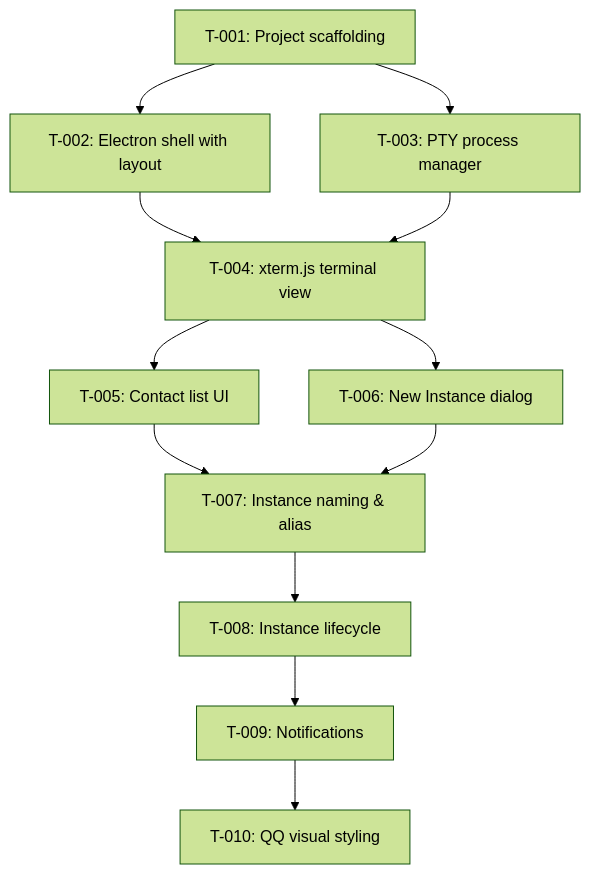
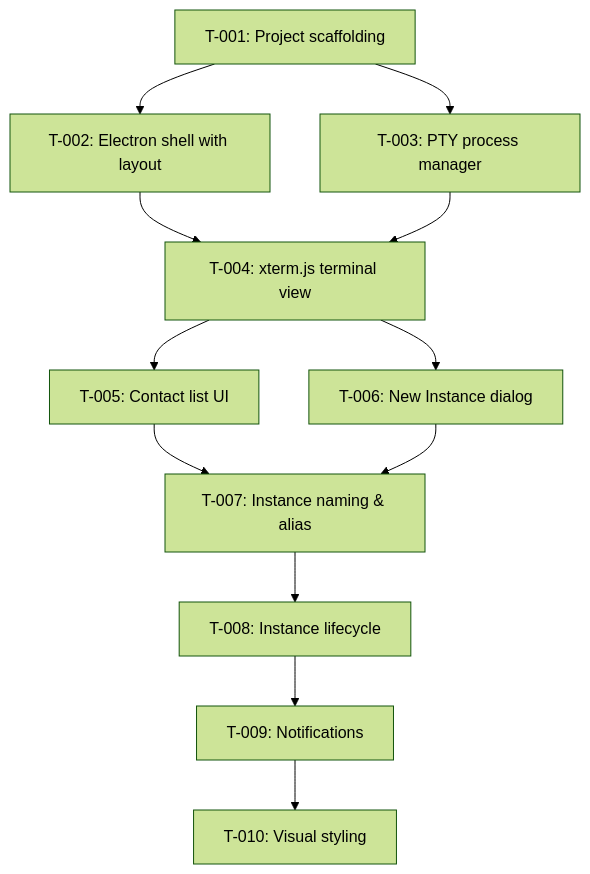
One commit to Jasenpan1987/multi-code changed the diagram in docs/specs/multi-code-mvp/kanban.md. Above: the diagram before and after it, drawn with Mermaid (forest theme). The commit also changed other lines of this file and 27 other files, not shown here.

````diff
--- a/docs/specs/multi-code-mvp/kanban.md
+++ b/docs/specs/multi-code-mvp/kanban.md
@@ -10,14 +10,14 @@
 ```mermaid
 graph TD
     T001[T-001: Project scaffolding] --> T003[T-003: PTY process manager]
     T001 --> T002[T-002: Electron shell with layout]
     T002 --> T004[T-004: xterm.js terminal view]
     T003 --> T004
     T004 --> T005[T-005: Contact list UI]
     T004 --> T006[T-006: New Instance dialog]
     T005 --> T007[T-007: Instance naming & alias]
     T006 --> T007
     T007 --> T008[T-008: Instance lifecycle]
     T008 --> T009[T-009: Notifications]
-    T009 --> T010[T-010: QQ visual styling]
+    T009 --> T010[T-010: Visual styling]
 ```
````
